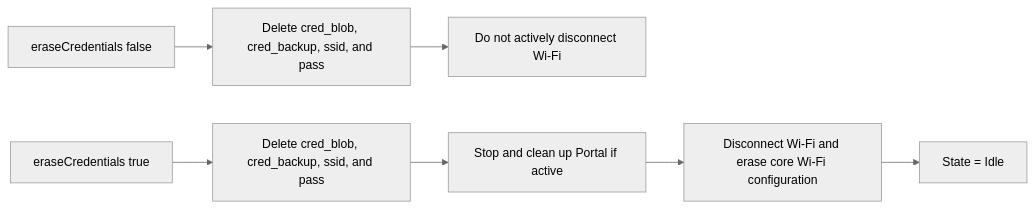
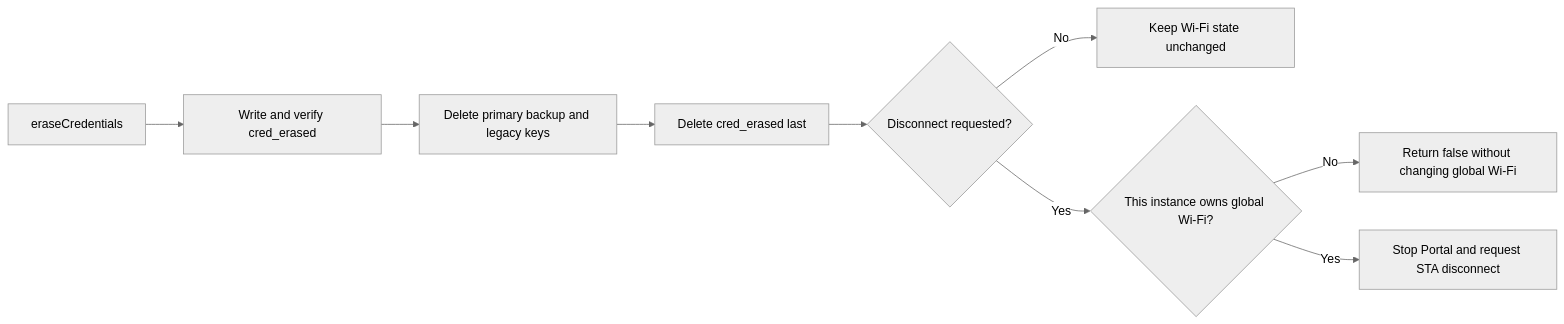
One commit to NguyenHien-8/ESP32WiFiPortal changed the eighth of 11 diagrams in docs/FlowChart_EN.md. Above: the diagram before and after it, drawn with Mermaid (neutral theme). The commit also changed other lines of this file and 11 other files, not shown here.

````diff
--- a/docs/FlowChart_EN.md
+++ b/docs/FlowChart_EN.md
@@ -240,9 +243,11 @@
 ```mermaid
 flowchart LR
-    A[eraseCredentials false] --> B[Delete cred_blob, cred_backup, ssid, and pass]
-    B --> C[Do not actively disconnect Wi-Fi]
-    D[eraseCredentials true] --> F[Delete cred_blob, cred_backup, ssid, and pass]
-    F --> E[Stop and clean up Portal if active]
-    E --> G[Disconnect Wi-Fi and erase core Wi-Fi configuration]
-    G --> H[State = Idle]
+    A[eraseCredentials] --> B[Write and verify cred_erased]
+    B --> C[Delete primary backup and legacy keys]
+    C --> D[Delete cred_erased last]
+    D --> E{Disconnect requested?}
+    E -- No --> F[Keep Wi-Fi state unchanged]
+    E -- Yes --> G{This instance owns global Wi-Fi?}
+    G -- No --> H[Return false without changing global Wi-Fi]
+    G -- Yes --> I[Stop Portal and request STA disconnect]
 ```
````
